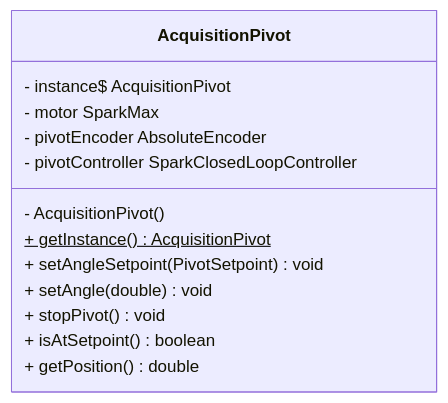
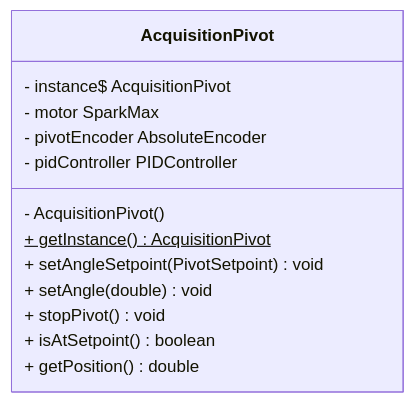
One commit to LakotaRobotics1038/2026RobotProject changed the diagram in src/uml/frc/robot/subsystems/AcquisitionPivot.mmd. Above: the diagram before and after it, drawn with Mermaid. The commit also changed 1 other file, not shown here.

Commit message:
Add manual PID controller

```diff
--- a/src/uml/frc/robot/subsystems/AcquisitionPivot.mmd
+++ b/src/uml/frc/robot/subsystems/AcquisitionPivot.mmd
@@ -1,16 +1,16 @@
 classDiagram
   direction LR
 
   class AcquisitionPivot {
     - instance$ AcquisitionPivot
     - motor SparkMax
     - pivotEncoder AbsoluteEncoder
-    - pivotController SparkClosedLoopController
+    - pidController PIDController
     - AcquisitionPivot()
     + getInstance()$ AcquisitionPivot
     + setAngleSetpoint(PivotSetpoint) void
     + setAngle(double) void
     + stopPivot() void
     + isAtSetpoint() boolean
     + getPosition() double
   }
```
